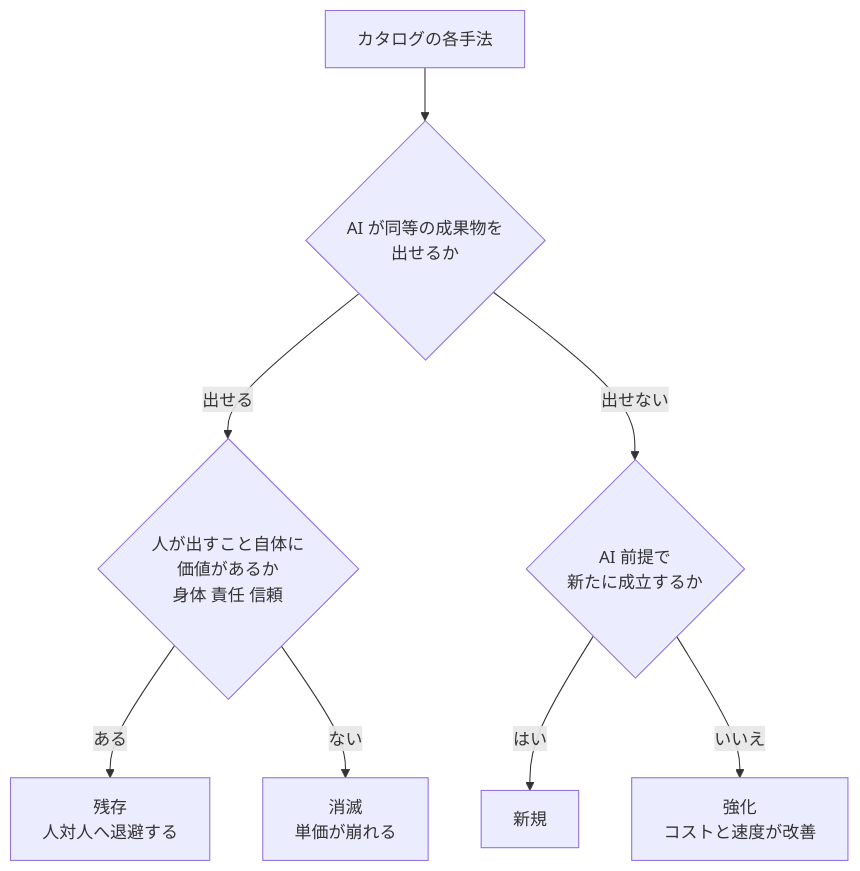
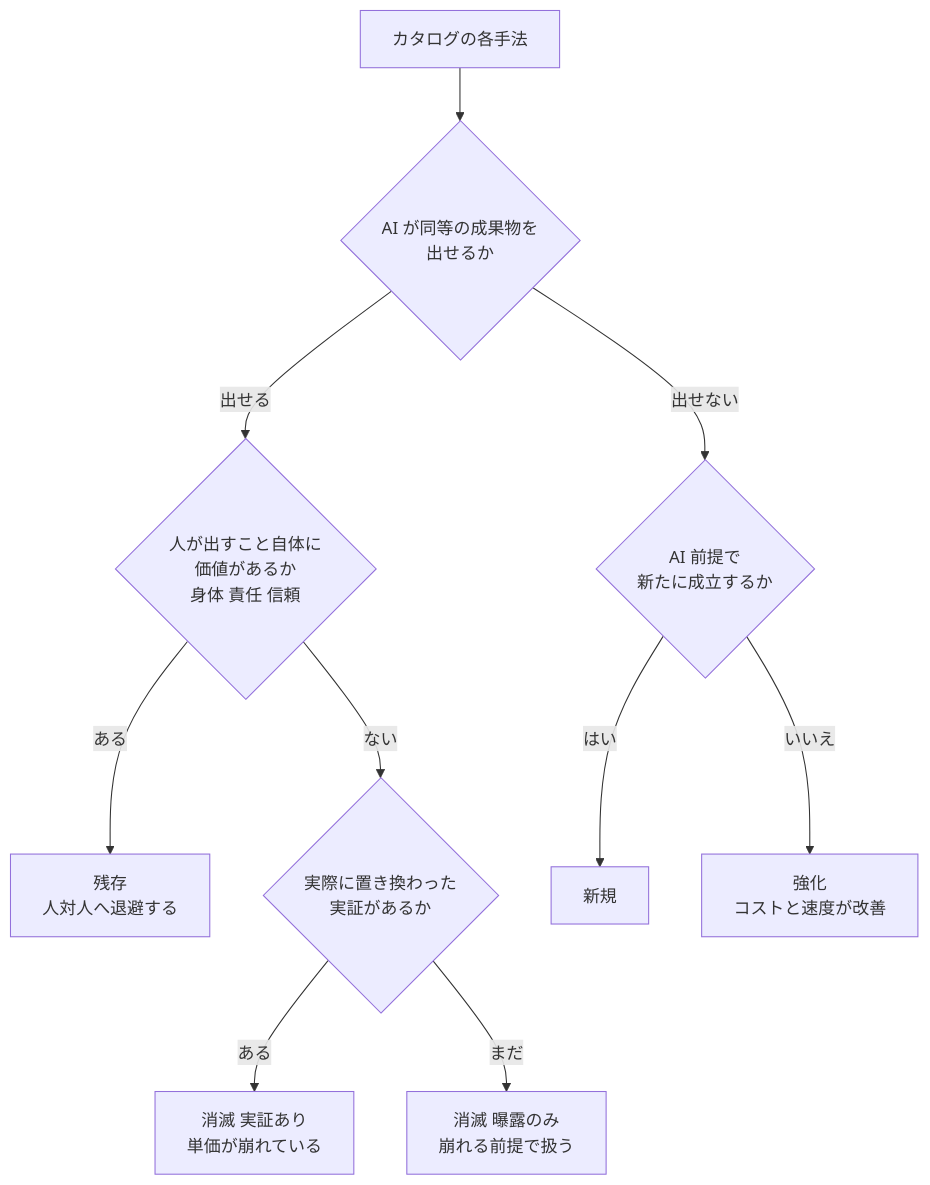
Before and after one commit to akiraak/ai-income-lab: the first of 4 diagrams in docs/specs/income-taxonomy/ai-delta.md, drawn with Mermaid. The commit also changed other lines of this file and 15 other files, not shown here.

````diff
--- a/docs/specs/income-taxonomy/ai-delta.md
+++ b/docs/specs/income-taxonomy/ai-delta.md
@@ -12,10 +16,12 @@
 ```mermaid
 flowchart TD
   S["カタログの各手法"] --> Q1{"AI が同等の成果物を<br/>出せるか"}
   Q1 -->|"出せる"| Q2{"人が出すこと自体に<br/>価値があるか<br/>身体 責任 信頼"}
   Q1 -->|"出せない"| Q3{"AI 前提で<br/>新たに成立するか"}
   Q2 -->|"ある"| SURV["残存<br/>人対人へ退避する"]
-  Q2 -->|"ない"| DEAD["消滅<br/>単価が崩れる"]
+  Q2 -->|"ない"| Q4{"実際に置き換わった<br/>実証があるか"}
+  Q4 -->|"ある"| DEAD["消滅 実証あり<br/>単価が崩れている"]
+  Q4 -->|"まだ"| EXP["消滅 曝露のみ<br/>崩れる前提で扱う"]
   Q3 -->|"はい"| NEW["新規"]
   Q3 -->|"いいえ"| BOOST["強化<br/>コストと速度が改善"]
 ```
````
